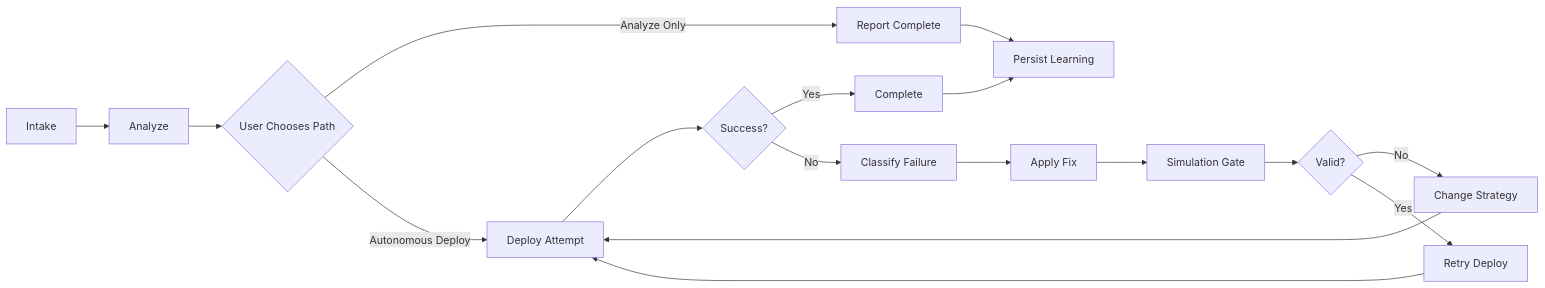
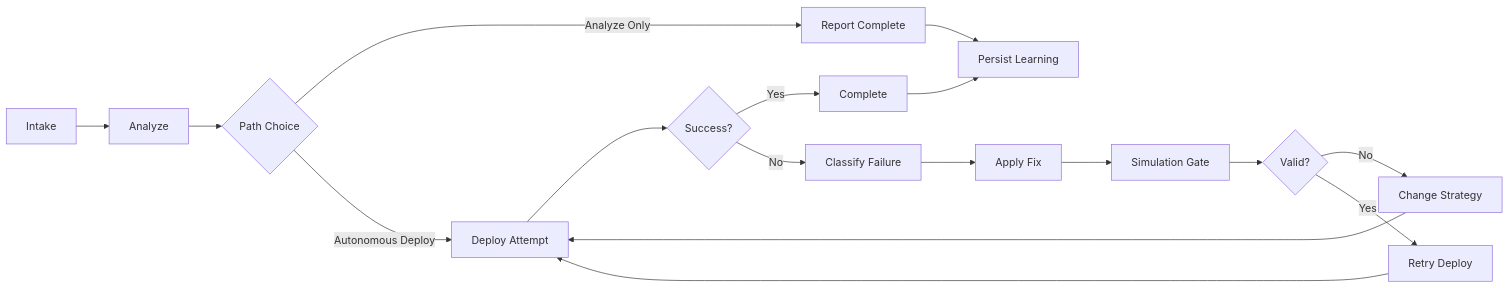
Before and after one commit to aadie14/nestify: the second of 2 diagrams in README.md, drawn with Mermaid. The commit also changed other lines of this file, not shown here.

Commit message:
docs: synchronize README with full architecture and feature catalog

````diff
--- a/README.md
+++ b/README.md
@@ -132,19 +168,19 @@
 ```mermaid
 flowchart LR
   A[Intake] --> B[Analyze]
-  B --> C{User Chooses Path}
+  B --> C{Path Choice}
   C -->|Analyze Only| D[Report Complete]
   C -->|Autonomous Deploy| E[Deploy Attempt]
   E --> F{Success?}
   F -->|Yes| G[Complete]
   F -->|No| H[Classify Failure]
   H --> I[Apply Fix]
   I --> J[Simulation Gate]
   J --> K{Valid?}
   K -->|No| L[Change Strategy]
   K -->|Yes| M[Retry Deploy]
   L --> E
   M --> E
   G --> N[Persist Learning]
   D --> N
 ```
````
